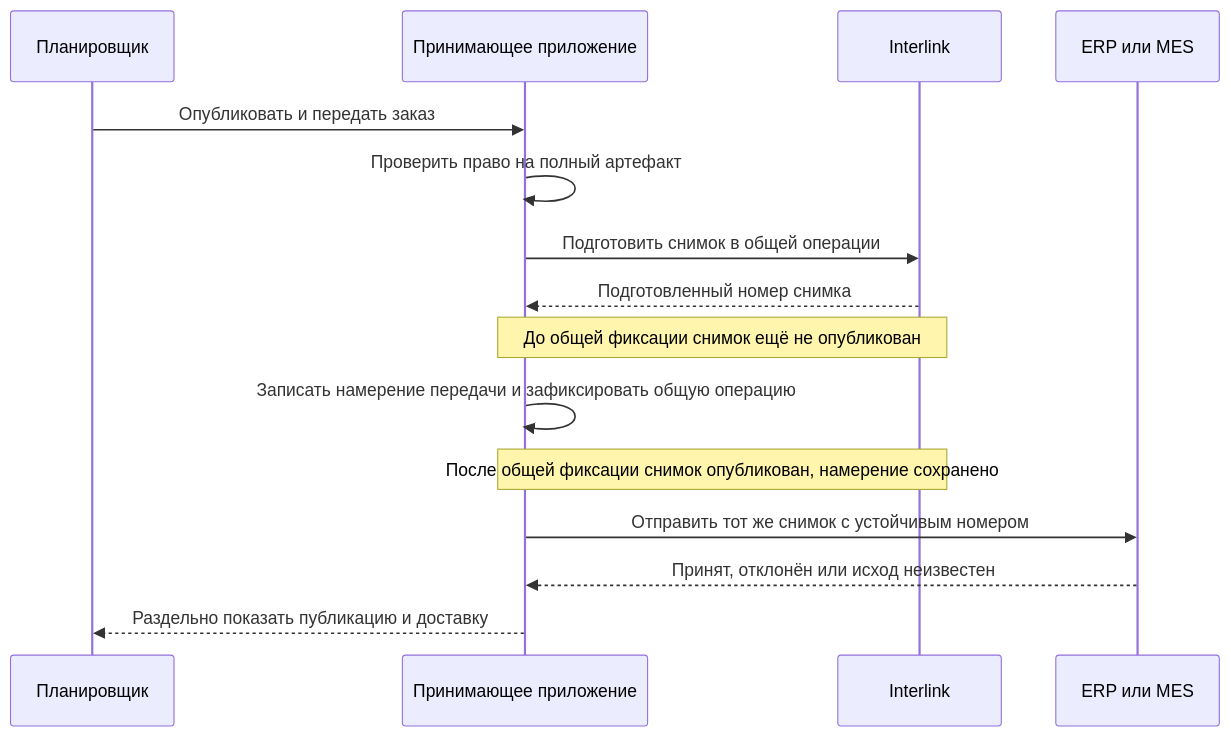
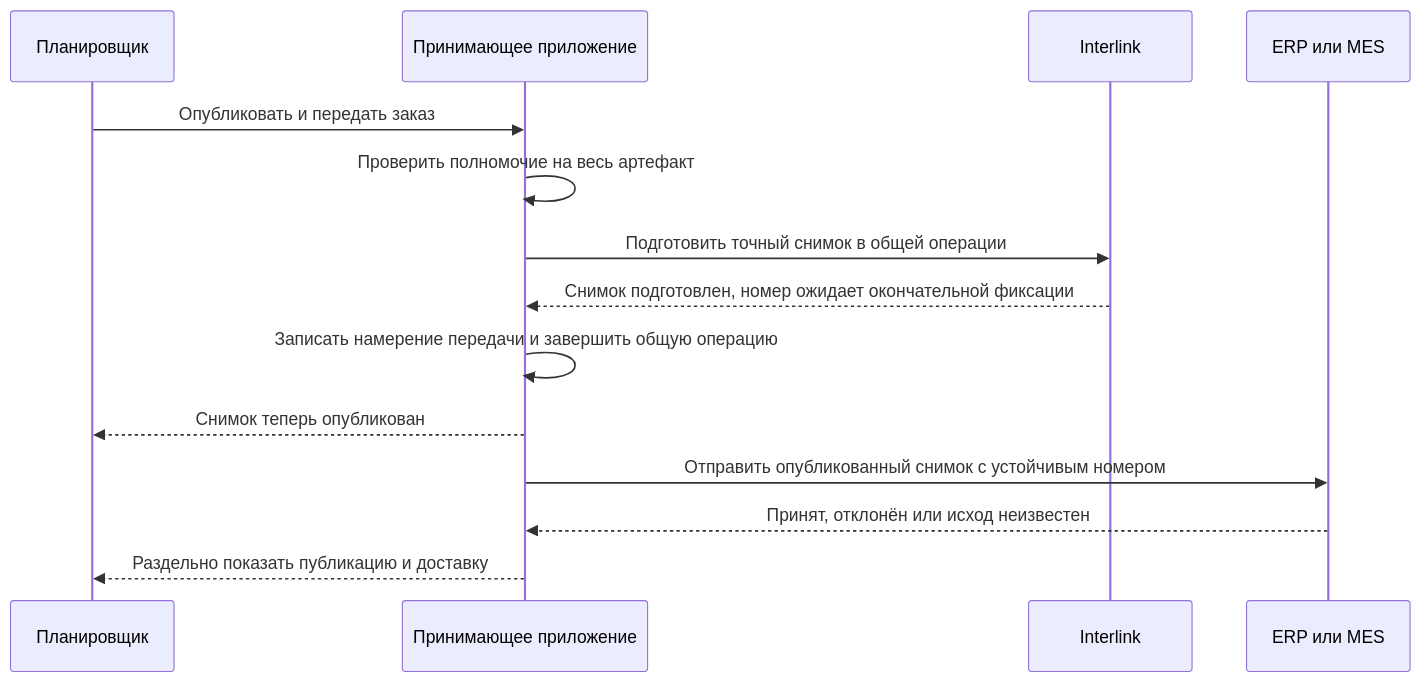
The second of 2 diagrams in docs/orders/15-user-operating-model.md (ZelAnton/Interlink-product-book), drawn with Mermaid before and after one commit. The commit also changed other lines of this file and 231 other files, not shown here.

````diff
--- a/docs/orders/15-user-operating-model.md
+++ b/docs/orders/15-user-operating-model.md
@@ -257,18 +244,17 @@
 ```mermaid
 sequenceDiagram
     participant П as Планировщик
     participant А as Принимающее приложение
     participant И as Interlink
     participant М as ERP или MES
 
     П->>А: Опубликовать и передать заказ
-    А->>А: Проверить право на полный артефакт
-    А->>И: Подготовить снимок в общей операции
-    И-->>А: Подготовленный номер снимка
-    Note over А,И: До общей фиксации снимок ещё не опубликован
-    А->>А: Записать намерение передачи и зафиксировать общую операцию
-    Note over А,И: После общей фиксации снимок опубликован, намерение сохранено
-    А->>М: Отправить тот же снимок с устойчивым номером
+    А->>А: Проверить полномочие на весь артефакт
+    А->>И: Подготовить точный снимок в общей операции
+    И-->>А: Снимок подготовлен, номер ожидает окончательной фиксации
+    А->>А: Записать намерение передачи и завершить общую операцию
+    А-->>П: Снимок теперь опубликован
+    А->>М: Отправить опубликованный снимок с устойчивым номером
     М-->>А: Принят, отклонён или исход неизвестен
     А-->>П: Раздельно показать публикацию и доставку
 ```
````
